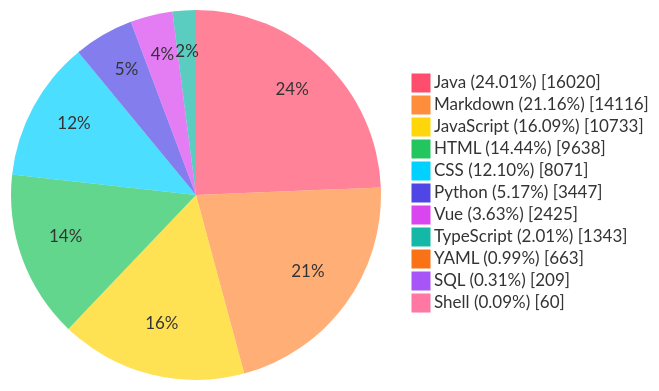
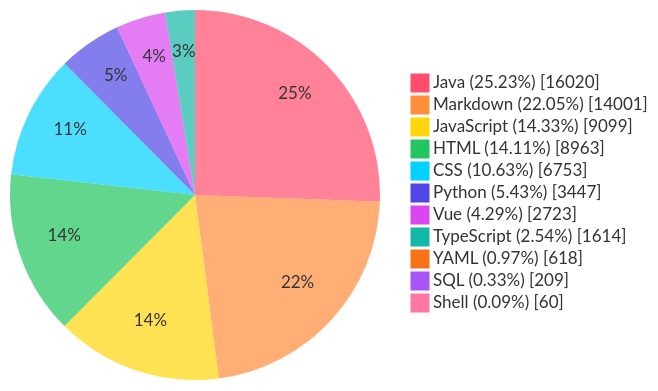
One commit to TheBadRoger/BUCT-Teaching-Aids changed the diagram in README.md. Above: the diagram before and after it, drawn with Mermaid. The commit also changed other lines of this file and 2 other files, not shown here.

Commit message:
chore(stats): auto update README metrics

````diff
--- a/README.md
+++ b/README.md
@@ -40,30 +40,30 @@
 ```mermaid
 %%{init: {'theme':'base','themeVariables': {
   'fontFamily': 'Fira Code, JetBrains Mono, Source Code Pro, Cascadia Code, Menlo, Consolas, monospace',
   'pieStrokeColor': 'transparent',
   'pieStrokeWidth': '0px',
   'pieOuterStrokeWidth': '0px',
   'pie1': '#FF4D6D',
   'pie2': '#FF8E3C',
   'pie3': '#FFD60A',
   'pie4': '#22C55E',
   'pie5': '#00D1FF',
   'pie6': '#4F46E5',
   'pie7': '#D946EF',
   'pie8': '#14B8A6',
   'pie9': '#F97316',
   'pie10': '#A855F7'
 }}}%%
 pie showData
-    "Java (24.01%)" : 16020
-    "Markdown (21.16%)" : 14116
-    "JavaScript (16.09%)" : 10733
-    "HTML (14.44%)" : 9638
-    "CSS (12.10%)" : 8071
-    "Python (5.17%)" : 3447
-    "Vue (3.63%)" : 2425
-    "TypeScript (2.01%)" : 1343
-    "YAML (0.99%)" : 663
-    "SQL (0.31%)" : 209
+    "Java (25.23%)" : 16020
+    "Markdown (22.05%)" : 14001
+    "JavaScript (14.33%)" : 9099
+    "HTML (14.11%)" : 8963
+    "CSS (10.63%)" : 6753
+    "Python (5.43%)" : 3447
+    "Vue (4.29%)" : 2723
+    "TypeScript (2.54%)" : 1614
+    "YAML (0.97%)" : 618
+    "SQL (0.33%)" : 209
     "Shell (0.09%)" : 60
 ```
````
